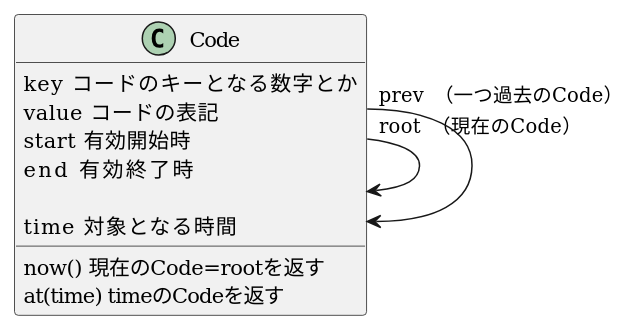
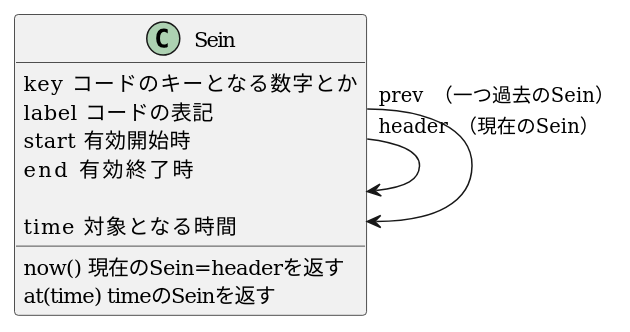
Before and after one commit to turanukimaru/fehs: the diagram in fehsbattlemodel/uml/code.puml, drawn with PlantUML. The commit also changed 7 other files, not shown here.

```diff
--- a/fehsbattlemodel/uml/code.puml
+++ b/fehsbattlemodel/uml/code.puml
@@ -1,17 +1,17 @@
 @startuml
 
 
-class "Code" as Code{
+class "Sein" as Sein{
 key     コードのキーとなる数字とか
-value   コードの表記
+label   コードの表記
 start   有効開始時
 end     有効終了時
 
 time    対象となる時間
-now()   現在のCode=rootを返す
-at(time) timeのCodeを返す
+now()   現在のSein=headerを返す
+at(time) timeのSeinを返す
 }
-Code "root　（現在のCode）"-> Code
-Code "prev　（一つ過去のCode）"-> Code
+Sein "header　（現在のSein）"-> Sein
+Sein "prev　（一つ過去のSein）"-> Sein
 
 @enduml
```
